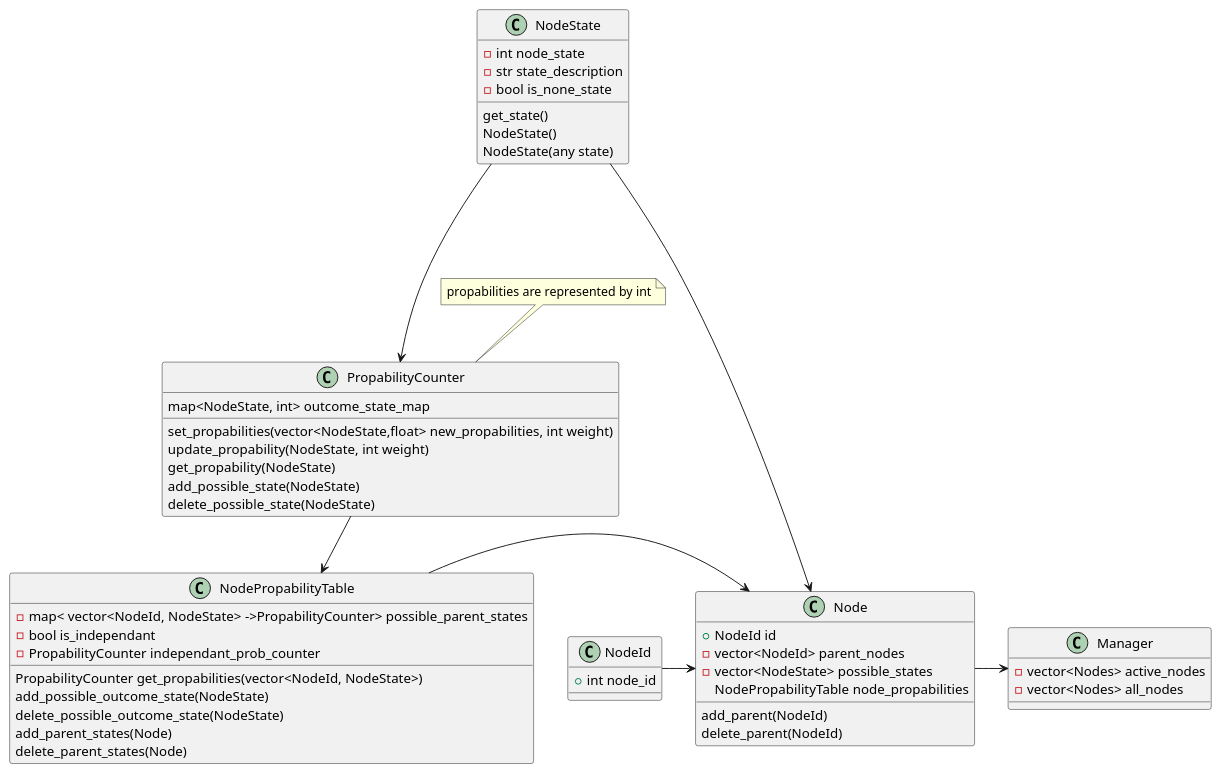
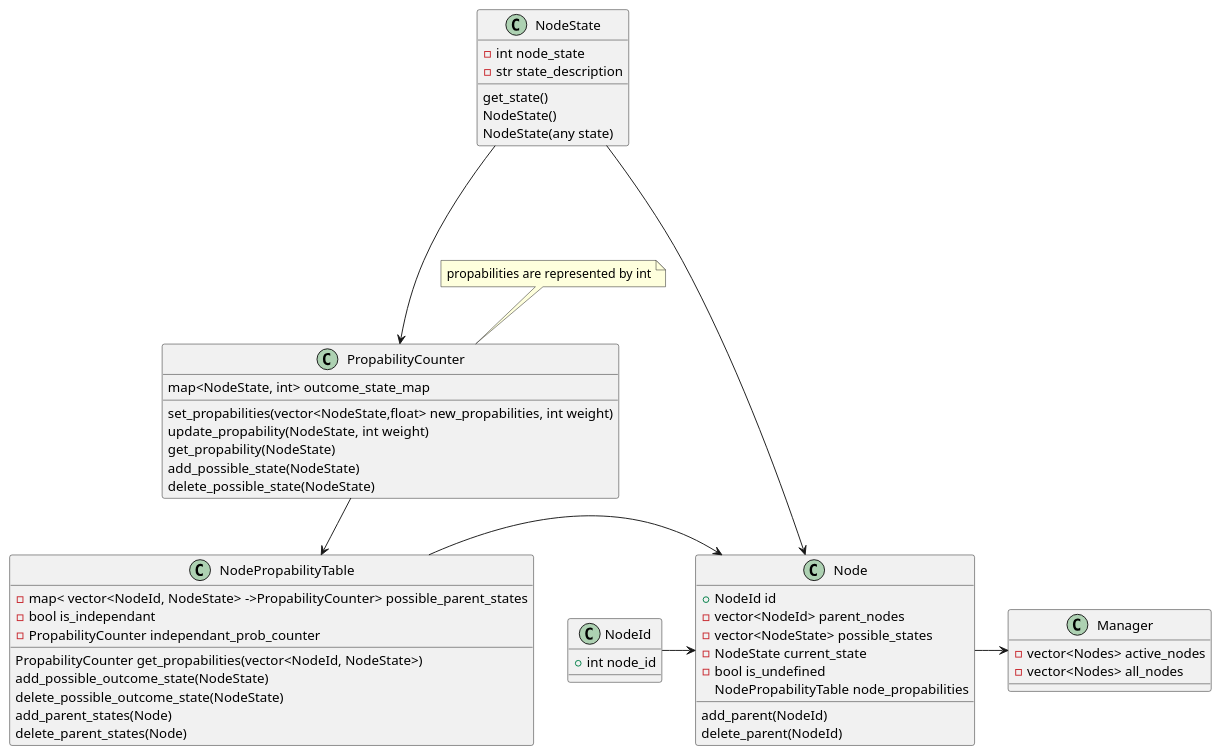
One commit to NimbleStatic/Bayes-Network changed the diagram in class_diagrams.md. Above: the diagram before and after it, drawn with PlantUML. The commit also changed 2 other files, not shown here.

Commit message:
changed NodeState responsibility to only represent States and not undefined state

````diff
--- a/class_diagrams.md
+++ b/class_diagrams.md
@@ -3,73 +3,74 @@
 ```plantuml
 @startuml
     
     class NodeId{
         + int node_id
     }
 
     class NodeState{
         -int node_state
         -str state_description
-        -bool is_none_state
         get_state()
         NodeState()
         NodeState(any state)
 
     }
 
 
     
     class PropabilityCounter{
         map<NodeState, int> outcome_state_map
         set_propabilities(vector<NodeState,float> new_propabilities, int weight)
         update_propability(NodeState, int weight)
         get_propability(NodeState)
         add_possible_state(NodeState)
         delete_possible_state(NodeState)
 
     }
 
     class NodePropabilityTable{
         -map< vector<NodeId, NodeState> ->PropabilityCounter> possible_parent_states
         - bool is_independant
         - PropabilityCounter independant_prob_counter
         PropabilityCounter get_propabilities(vector<NodeId, NodeState>)
         add_possible_outcome_state(NodeState)
         delete_possible_outcome_state(NodeState)
         add_parent_states(Node)
         delete_parent_states(Node)
 
     }
     
     note "propabilities are represented by int" as n1
     
     
     n1 -->PropabilityCounter
     NodeState ---->PropabilityCounter
     PropabilityCounter -->NodePropabilityTable
     
 
     class Node{
         + NodeId id
         - vector<NodeId> parent_nodes
         - vector<NodeState> possible_states
+        -NodeState current_state
+        -bool is_undefined
         NodePropabilityTable node_propabilities
         add_parent(NodeId)
         delete_parent(NodeId)
 
 
     }
     NodePropabilityTable -> Node
     NodeId -> Node
     NodeState -> Node
 
     class Manager{
         -vector<Nodes> active_nodes
         -vector<Nodes> all_nodes
 
     }
 
     Node -> Manager
 
 @enduml
 ```
````
